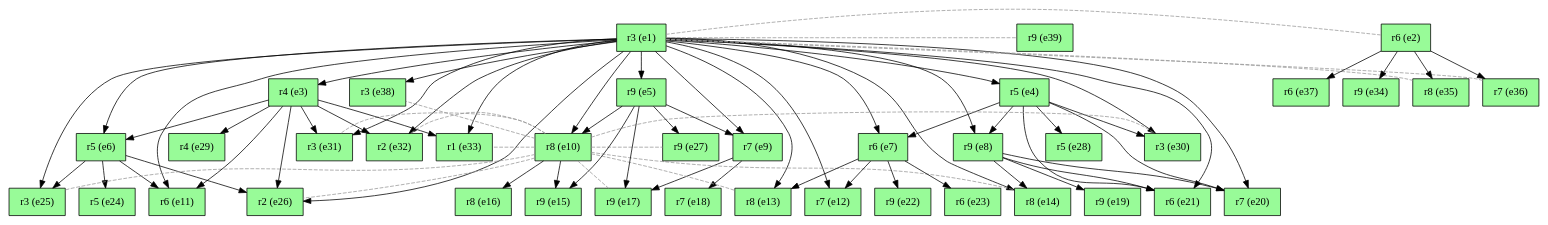
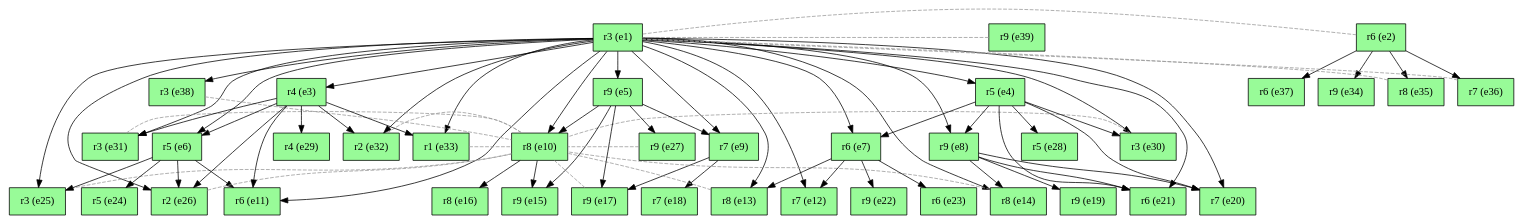
The diagram in examples/termites_pr_eg.dot (giannkas/ecofolder), drawn with Graphviz before and after one commit. The commit also changed 4 other files, not shown here.

```diff
--- a/examples/termites_pr_eg.dot
+++ b/examples/termites_pr_eg.dot
@@ -1,118 +1,118 @@
 digraph test {
   e1 -> e20;
   e1 -> e12;
   e1 -> e25;
   e1 -> e9;
   e1 -> e30;
   e1 -> e31;
   e1 -> e38;
   e1 -> e6;
   e1 -> e4;
   e1 -> e14;
   e1 -> e13;
   e1 -> e26;
   e1 -> e10;
   e1 -> e32;
   e1 -> e33;
   e1 -> e3;
   e1 -> e11;
   e1 -> e8;
   e1 -> e7;
   e1 -> e5;
   e1 -> e21;
   e2 -> e36;
   e2 -> e37;
   e2 -> e34;
   e2 -> e35;
   e3 -> e29;
   e3 -> e33;
   e3 -> e26;
   e3 -> e32;
   e3 -> e6;
   e3 -> e31;
   e3 -> e11;
   e4 -> e8;
   e4 -> e7;
   e4 -> e28;
   e4 -> e20;
   e4 -> e21;
   e4 -> e30;
   e5 -> e17;
   e5 -> e27;
   e5 -> e10;
   e5 -> e15;
   e5 -> e9;
   e6 -> e11;
   e6 -> e24;
   e6 -> e26;
   e6 -> e25;
   e7 -> e12;
   e7 -> e23;
   e7 -> e22;
   e7 -> e13;
   e8 -> e19;
   e8 -> e14;
   e8 -> e20;
   e8 -> e21;
   e9 -> e18;
   e9 -> e17;
   e10 -> e15;
   e10 -> e16;
 
 //conflicts
-  e1 -> e2 [arrowhead=none color=gray60 style=dashed constraint=false];
-  e1 -> e35 [arrowhead=none color=gray60 style=dashed constraint=false];
-  e1 -> e36 [arrowhead=none color=gray60 style=dashed constraint=false];
-  e1 -> e39 [arrowhead=none color=gray60 style=dashed constraint=false];
-  e10 -> e13 [arrowhead=none color=gray60 style=dashed constraint=false];
-  e10 -> e14 [arrowhead=none color=gray60 style=dashed constraint=false];
-  e10 -> e17 [arrowhead=none color=gray60 style=dashed constraint=false];
-  e10 -> e25 [arrowhead=none color=gray60 style=dashed constraint=false];
-  e10 -> e26 [arrowhead=none color=gray60 style=dashed constraint=false];
-  e10 -> e27 [arrowhead=none color=gray60 style=dashed constraint=false];
-  e10 -> e30 [arrowhead=none color=gray60 style=dashed constraint=false];
-  e10 -> e31 [arrowhead=none color=gray60 style=dashed constraint=false];
-  e10 -> e32 [arrowhead=none color=gray60 style=dashed constraint=false];
-  e10 -> e33 [arrowhead=none color=gray60 style=dashed constraint=false];
-  e10 -> e38 [arrowhead=none color=gray60 style=dashed constraint=false];
+  e2 -> e1 [arrowhead=none color=gray60 style=dashed constraint=false];
+  e13 -> e10 [arrowhead=none color=gray60 style=dashed constraint=false];
+  e14 -> e10 [arrowhead=none color=gray60 style=dashed constraint=false];
+  e17 -> e10 [arrowhead=none color=gray60 style=dashed constraint=false];
+  e25 -> e10 [arrowhead=none color=gray60 style=dashed constraint=false];
+  e26 -> e10 [arrowhead=none color=gray60 style=dashed constraint=false];
+  e27 -> e10 [arrowhead=none color=gray60 style=dashed constraint=false];
+  e30 -> e10 [arrowhead=none color=gray60 style=dashed constraint=false];
+  e31 -> e10 [arrowhead=none color=gray60 style=dashed constraint=false];
+  e32 -> e10 [arrowhead=none color=gray60 style=dashed constraint=false];
+  e33 -> e10 [arrowhead=none color=gray60 style=dashed constraint=false];
+  e35 -> e1 [arrowhead=none color=gray60 style=dashed constraint=false];
+  e36 -> e1 [arrowhead=none color=gray60 style=dashed constraint=false];
+  e38 -> e10 [arrowhead=none color=gray60 style=dashed constraint=false];
+  e39 -> e1 [arrowhead=none color=gray60 style=dashed constraint=false];
 
   e1 [fillcolor=palegreen label="r3 (e1)" shape=box style=filled];
   e2 [fillcolor=palegreen label="r6 (e2)" shape=box style=filled];
   e3 [fillcolor=palegreen label="r4 (e3)" shape=box style=filled];
   e4 [fillcolor=palegreen label="r5 (e4)" shape=box style=filled];
   e5 [fillcolor=palegreen label="r9 (e5)" shape=box style=filled];
   e6 [fillcolor=palegreen label="r5 (e6)" shape=box style=filled];
   e7 [fillcolor=palegreen label="r6 (e7)" shape=box style=filled];
   e8 [fillcolor=palegreen label="r9 (e8)" shape=box style=filled];
   e9 [fillcolor=palegreen label="r7 (e9)" shape=box style=filled];
   e10 [fillcolor=palegreen label="r8 (e10)" shape=box style=filled];
   e11 [fillcolor=palegreen label="r6 (e11)" shape=box style=filled];
   e12 [fillcolor=palegreen label="r7 (e12)" shape=box style=filled];
   e13 [fillcolor=palegreen label="r8 (e13)" shape=box style=filled];
   e14 [fillcolor=palegreen label="r8 (e14)" shape=box style=filled];
   e15 [fillcolor=palegreen label="r9 (e15)" shape=box style=filled];
   e16 [fillcolor=palegreen label="r8 (e16)" shape=box style=filled];
   e17 [fillcolor=palegreen label="r9 (e17)" shape=box style=filled];
   e18 [fillcolor=palegreen label="r7 (e18)" shape=box style=filled];
   e19 [fillcolor=palegreen label="r9 (e19)" shape=box style=filled];
   e20 [fillcolor=palegreen label="r7 (e20)" shape=box style=filled];
   e21 [fillcolor=palegreen label="r6 (e21)" shape=box style=filled];
   e22 [fillcolor=palegreen label="r9 (e22)" shape=box style=filled];
   e23 [fillcolor=palegreen label="r6 (e23)" shape=box style=filled];
   e24 [fillcolor=palegreen label="r5 (e24)" shape=box style=filled];
   e25 [fillcolor=palegreen label="r3 (e25)" shape=box style=filled];
   e26 [fillcolor=palegreen label="r2 (e26)" shape=box style=filled];
   e27 [fillcolor=palegreen label="r9 (e27)" shape=box style=filled];
   e28 [fillcolor=palegreen label="r5 (e28)" shape=box style=filled];
   e29 [fillcolor=palegreen label="r4 (e29)" shape=box style=filled];
   e30 [fillcolor=palegreen label="r3 (e30)" shape=box style=filled];
   e31 [fillcolor=palegreen label="r3 (e31)" shape=box style=filled];
   e32 [fillcolor=palegreen label="r2 (e32)" shape=box style=filled];
   e33 [fillcolor=palegreen label="r1 (e33)" shape=box style=filled];
   e34 [fillcolor=palegreen label="r9 (e34)" shape=box style=filled];
   e35 [fillcolor=palegreen label="r8 (e35)" shape=box style=filled];
   e36 [fillcolor=palegreen label="r7 (e36)" shape=box style=filled];
   e37 [fillcolor=palegreen label="r6 (e37)" shape=box style=filled];
   e38 [fillcolor=palegreen label="r3 (e38)" shape=box style=filled];
   e39 [fillcolor=palegreen label="r9 (e39)" shape=box style=filled];
 }
```
